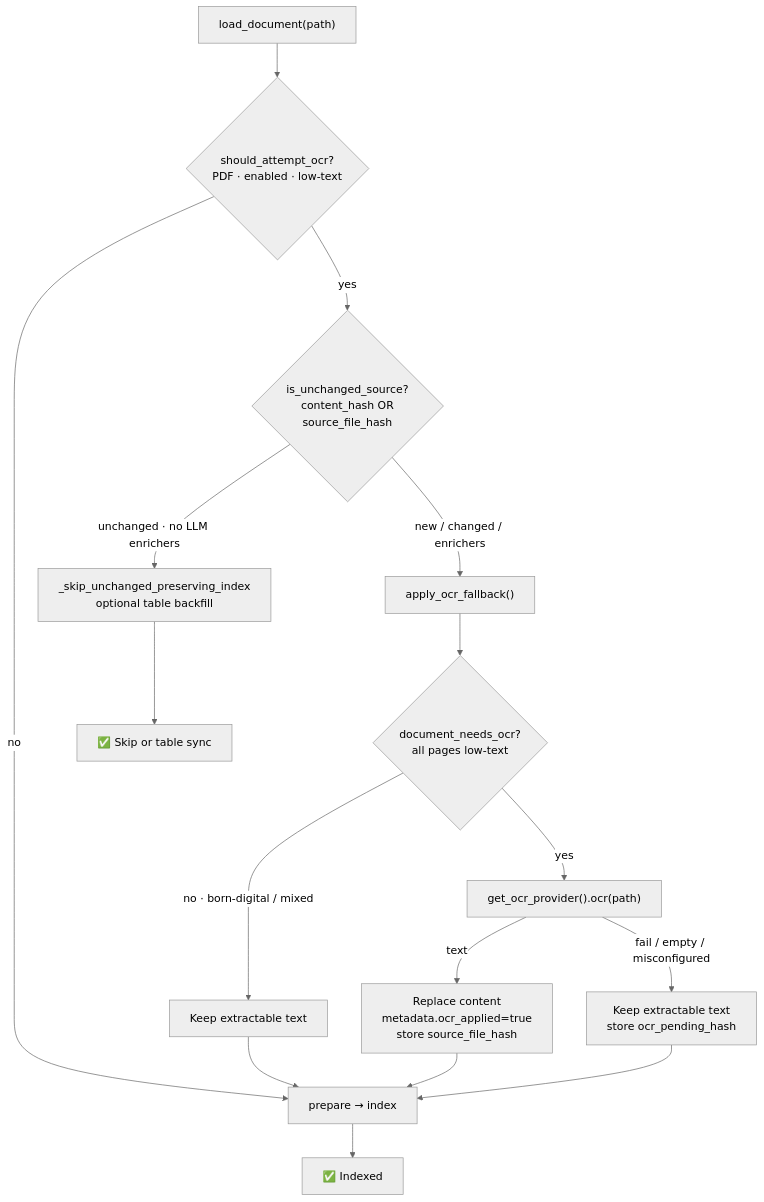
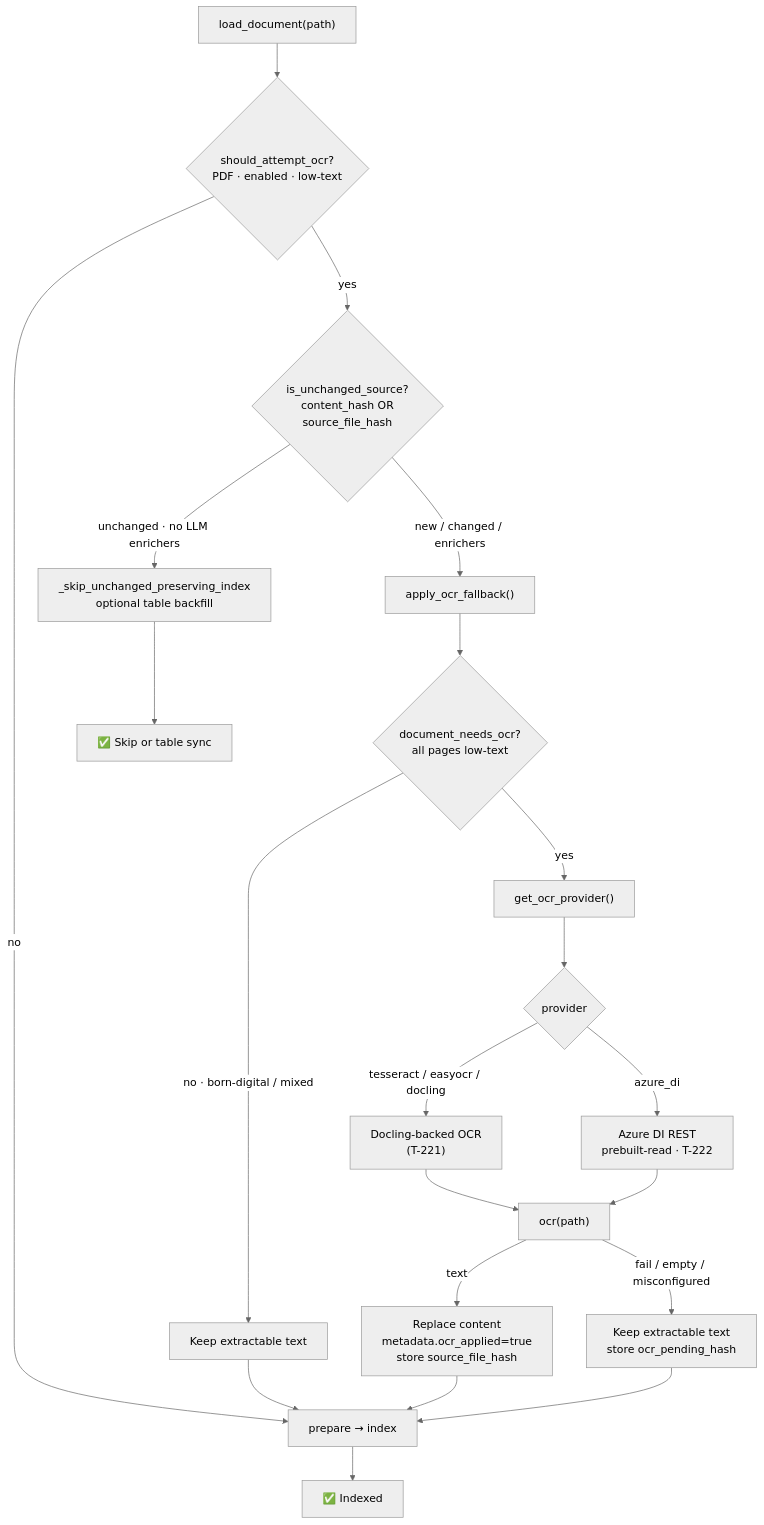
One commit to ealbertoav/rag_platform changed the sixth of 23 diagrams in README.md. Above: the diagram before and after it, drawn with Mermaid (neutral theme). The commit also changed other lines of this file and 2 other files, not shown here.

First line of the commit message:
Add Azure DI OCR support and update README, configs, and pipeline wiring (T-222, T-223):

````diff
--- a/README.md
+++ b/README.md
@@ -729,18 +738,23 @@
 ```mermaid
 flowchart TD
     LOAD["load_document(path)"] --> CAND{"should_attempt_ocr?<br/>PDF · enabled · low-text"}
     CAND -->|no| PREP["prepare → index"]
     CAND -->|yes| DEDUP{"is_unchanged_source?<br/>content_hash OR<br/>source_file_hash"}
     DEDUP -->|unchanged · no LLM enrichers| SKIP["_skip_unchanged_preserving_index<br/>optional table backfill"]
     DEDUP -->|new / changed / enrichers| APPLY["apply_ocr_fallback()"]
     APPLY --> NEED{"document_needs_ocr?<br/>all pages low-text"}
     NEED -->|no · born-digital / mixed| KEEP["Keep extractable text"]
-    NEED -->|yes| PROV["get_ocr_provider().ocr(path)"]
-    PROV -->|text| OK["Replace content<br/>metadata.ocr_applied=true<br/>store source_file_hash"]
-    PROV -->|fail / empty / misconfigured| PENDING["Keep extractable text<br/>store ocr_pending_hash"]
+    NEED -->|yes| FACTORY["get_ocr_provider()"]
+    FACTORY --> SEL{"provider"}
+    SEL -->|tesseract / easyocr / docling| HOSTED["Docling-backed OCR<br/>(T-221)"]
+    SEL -->|azure_di| AZURE["Azure DI REST<br/>prebuilt-read · T-222"]
+    HOSTED --> OCRCALL["ocr(path)"]
+    AZURE --> OCRCALL
+    OCRCALL -->|text| OK["Replace content<br/>metadata.ocr_applied=true<br/>store source_file_hash"]
+    OCRCALL -->|fail / empty / misconfigured| PENDING["Keep extractable text<br/>store ocr_pending_hash"]
     OK --> PREP
     KEEP --> PREP
     PENDING --> PREP
     SKIP --> DONE["✅ Skip or table sync"]
     PREP --> DONE2["✅ Indexed"]
 ```
````
